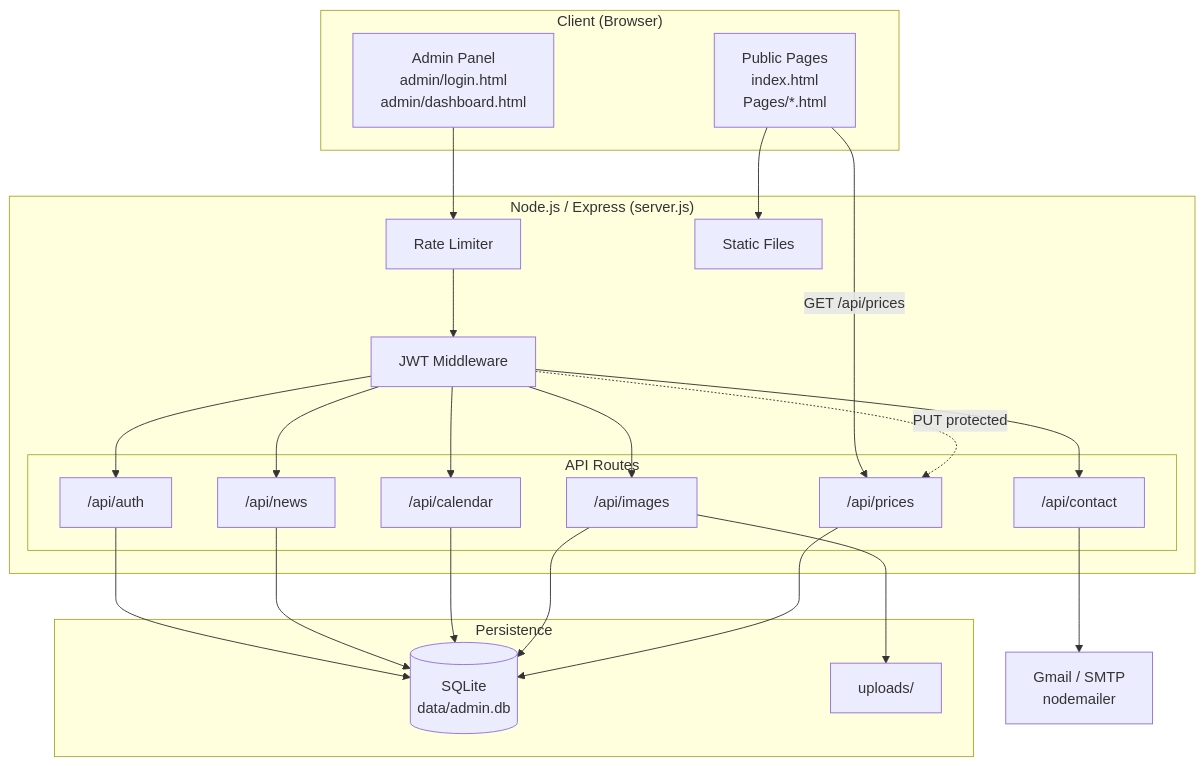
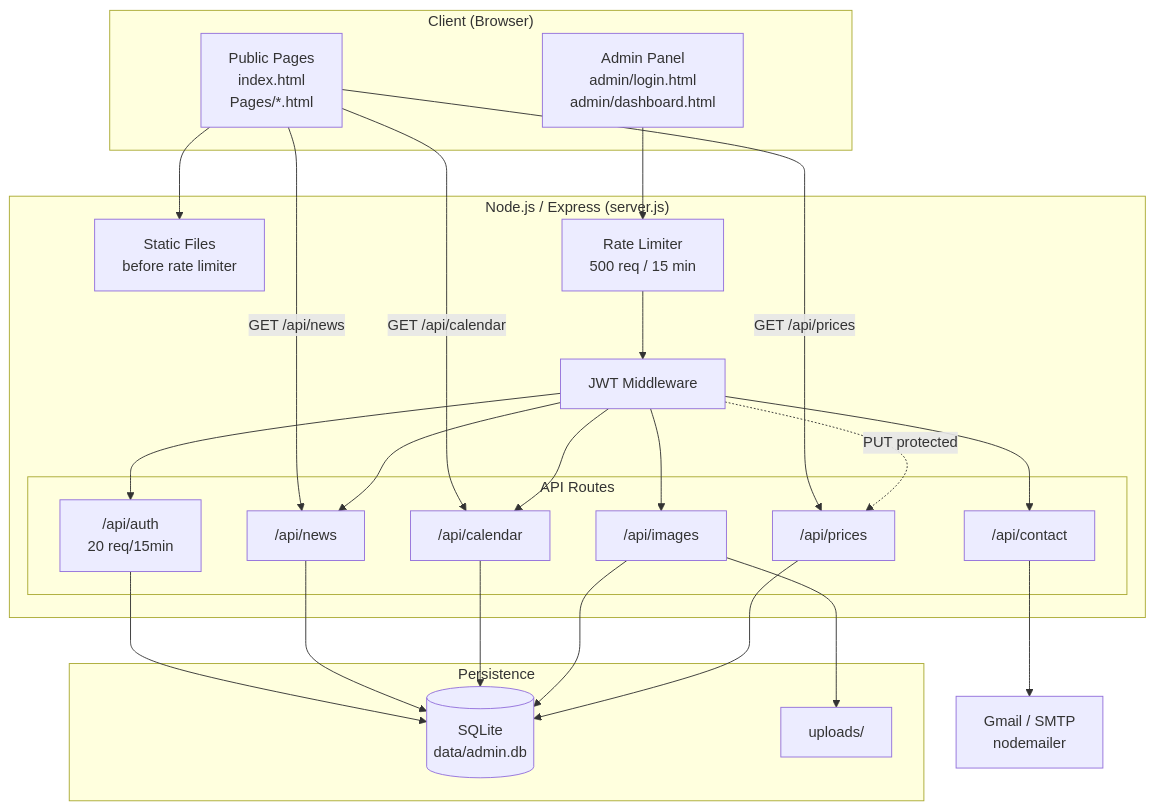
One commit to aairom/ajj-clone changed the first of 2 diagrams in README.md. Above: the diagram before and after it, drawn with Mermaid. The commit also changed other lines of this file and 5 other files, not shown here.

````diff
--- a/README.md
+++ b/README.md
@@ -9,38 +9,40 @@
 ```mermaid
 graph TB
     subgraph Client["Client (Browser)"]
         PUB[Public Pages<br/>index.html<br/>Pages/*.html]
         ADM[Admin Panel<br/>admin/login.html<br/>admin/dashboard.html]
     end
 
     subgraph Server["Node.js / Express (server.js)"]
-        RL[Rate Limiter]
+        STATIC[Static Files<br/>before rate limiter]
+        RL[Rate Limiter<br/>500 req / 15 min]
         AUTH_MW[JWT Middleware]
-        STATIC[Static Files]
 
         subgraph Routes["API Routes"]
-            R_AUTH["/api/auth"]
+            R_AUTH["/api/auth<br/>20 req/15min"]
             R_NEWS["/api/news"]
             R_CAL["/api/calendar"]
             R_CONTACT["/api/contact"]
             R_IMG["/api/images"]
             R_PRC["/api/prices"]
         end
     end
 
     subgraph Storage["Persistence"]
         DB[(SQLite<br/>data/admin.db)]
         FS[uploads/]
     end
 
     SMTP[Gmail / SMTP<br/>nodemailer]
 
     PUB --> STATIC
+    PUB -->|GET /api/news| R_NEWS
+    PUB -->|GET /api/calendar| R_CAL
     PUB -->|GET /api/prices| R_PRC
     ADM --> RL --> AUTH_MW
     AUTH_MW --> R_AUTH & R_NEWS & R_CAL & R_CONTACT & R_IMG
     AUTH_MW -.->|PUT protected| R_PRC
     R_AUTH & R_NEWS & R_CAL & R_IMG & R_PRC --> DB
     R_IMG --> FS
     R_CONTACT --> SMTP
 ```
````
